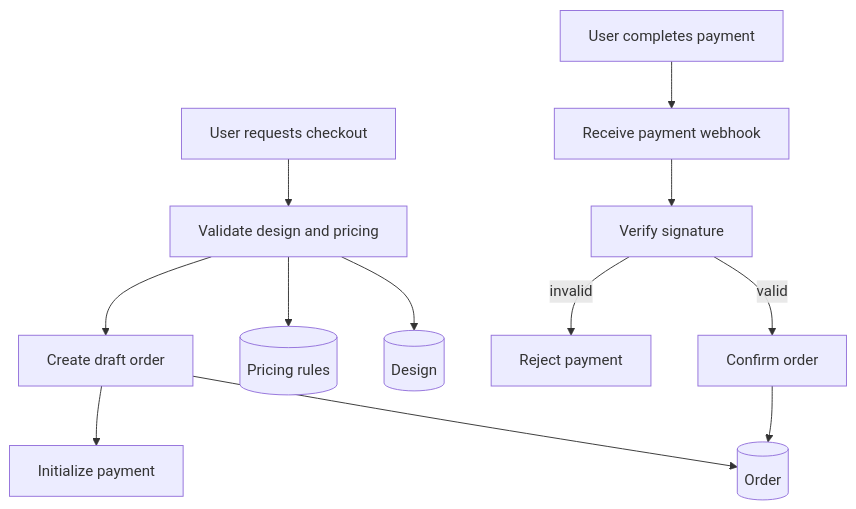
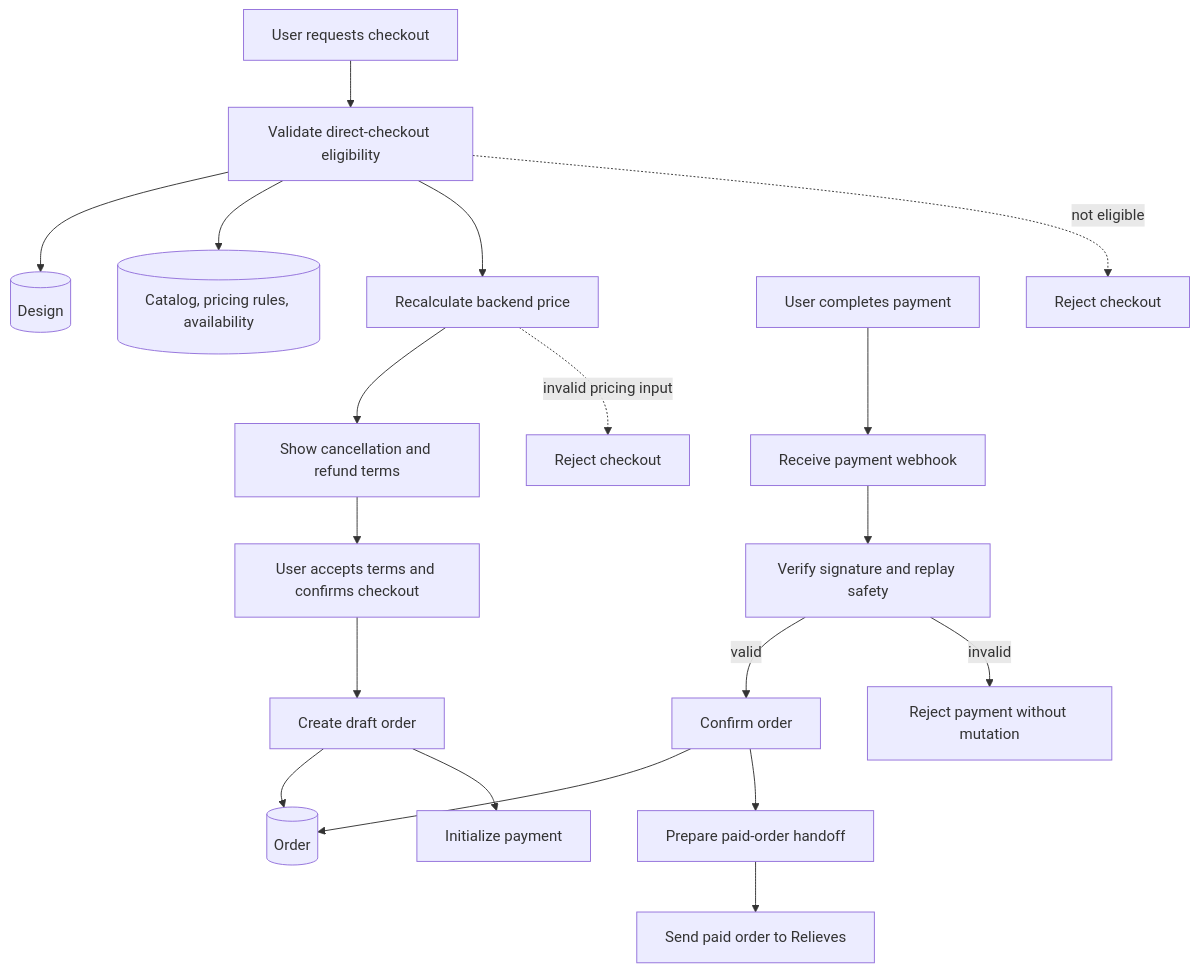
The diagram in docs/flows/checkout-flow.md (jovillal/placamia), drawn with Mermaid before and after one commit. The commit also changed other lines of this file and 13 other files, not shown here.

Commit message:
docs: align MVP flows with direct checkout path

````diff
--- a/docs/flows/checkout-flow.md
+++ b/docs/flows/checkout-flow.md
@@ -11,21 +16,30 @@
 ```mermaid
 flowchart TD
-    U1[User requests checkout] --> B1[Validate design and pricing]
+    U1[User requests checkout] --> B1[Validate direct-checkout eligibility]
 
     B1 --> D1[(Design)]
-    B1 --> D2[(Pricing rules)]
+    B1 --> D2[(Catalog, pricing rules, availability)]
 
-    B1 --> B2[Create draft order]
-    B2 --> D3[(Order)]
+    B1 --> B2[Recalculate backend price]
+    B2 --> B3[Show cancellation and refund terms]
+    B3 --> U2[User accepts terms and confirms checkout]
 
-    B2 --> B3[Initialize payment]
+    U2 --> B4[Create draft order]
+    B4 --> D3[(Order)]
 
-    U2[User completes payment] --> B4[Receive payment webhook]
+    B4 --> B5[Initialize payment]
 
-    B4 --> B5[Verify signature]
+    U3[User completes payment] --> B6[Receive payment webhook]
 
-    B5 -->|valid| B6[Confirm order]
-    B5 -->|invalid| R1[Reject payment]
+    B6 --> B7[Verify signature and replay safety]
 
-    B6 --> D3
+    B7 -->|valid| B8[Confirm order]
+    B7 -->|invalid| R1[Reject payment without mutation]
+
+    B8 --> D3
+    B8 --> B9[Prepare paid-order handoff]
+    B9 --> P1[Send paid order to Relieves]
+
+    B1 -. not eligible .-> R2[Reject checkout]
+    B2 -. invalid pricing input .-> R3[Reject checkout]
 ```
````
